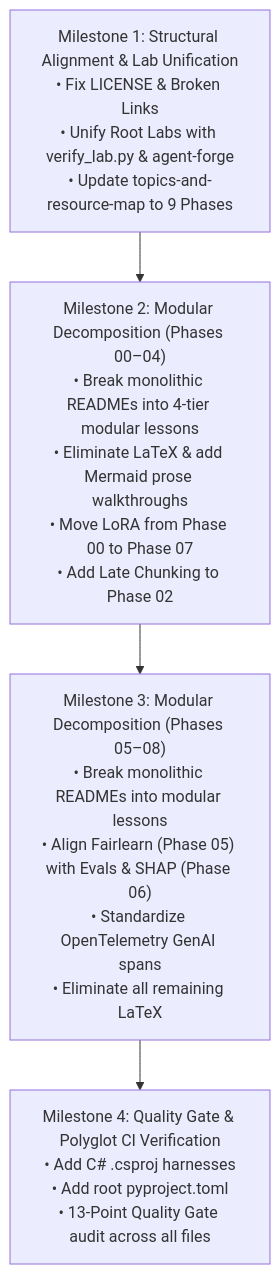
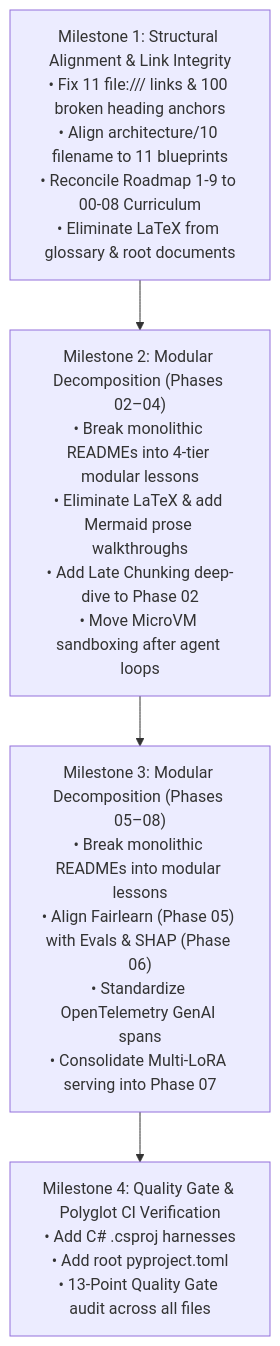
Before and after one commit to dip4k/senior-engineer-to-ai-engineer-roadmap: the second of 2 diagrams in CURRICULUM_AUDIT.md, drawn with Mermaid. The commit also changed other lines of this file and 11 other files, not shown here.

Commit message:
feat(curriculum): enhance Phase 00 & 01 with MLA, GRPO, RadixAttention, and .NET 9 harnesses

````diff
--- a/CURRICULUM_AUDIT.md
+++ b/CURRICULUM_AUDIT.md
@@ -260,7 +291,7 @@
 ```mermaid
 flowchart TD
-    M1["Milestone 1: Structural Alignment & Lab Unification<br>• Fix LICENSE & Broken Links<br>• Unify Root Labs with verify_lab.py & agent-forge<br>• Update topics-and-resource-map to 9 Phases"] --> M2
-    M2["Milestone 2: Modular Decomposition (Phases 00–04)<br>• Break monolithic READMEs into 4-tier modular lessons<br>• Eliminate LaTeX & add Mermaid prose walkthroughs<br>• Move LoRA from Phase 00 to Phase 07<br>• Add Late Chunking to Phase 02"] --> M3
-    M3["Milestone 3: Modular Decomposition (Phases 05–08)<br>• Break monolithic READMEs into modular lessons<br>• Align Fairlearn (Phase 05) with Evals & SHAP (Phase 06)<br>• Standardize OpenTelemetry GenAI spans<br>• Eliminate all remaining LaTeX"] --> M4
+    M1["Milestone 1: Structural Alignment & Link Integrity<br>• Fix 11 file:/// links & 100 broken heading anchors<br>• Align architecture/10 filename to 11 blueprints<br>• Reconcile Roadmap 1-9 to 00-08 Curriculum<br>• Eliminate LaTeX from glossary & root documents"] --> M2
+    M2["Milestone 2: Modular Decomposition (Phases 02–04)<br>• Break monolithic READMEs into 4-tier modular lessons<br>• Eliminate LaTeX & add Mermaid prose walkthroughs<br>• Add Late Chunking deep-dive to Phase 02<br>• Move MicroVM sandboxing after agent loops"] --> M3
+    M3["Milestone 3: Modular Decomposition (Phases 05–08)<br>• Break monolithic READMEs into modular lessons<br>• Align Fairlearn (Phase 05) with Evals & SHAP (Phase 06)<br>• Standardize OpenTelemetry GenAI spans<br>• Consolidate Multi-LoRA serving into Phase 07"] --> M4
     M4["Milestone 4: Quality Gate & Polyglot CI Verification<br>• Add C# .csproj harnesses<br>• Add root pyproject.toml<br>• 13-Point Quality Gate audit across all files"]
 ```
````
